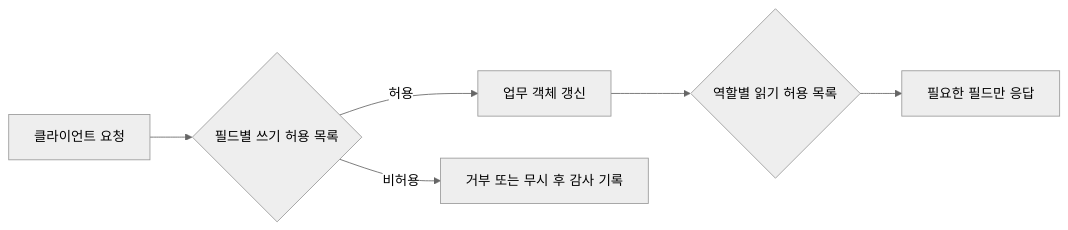
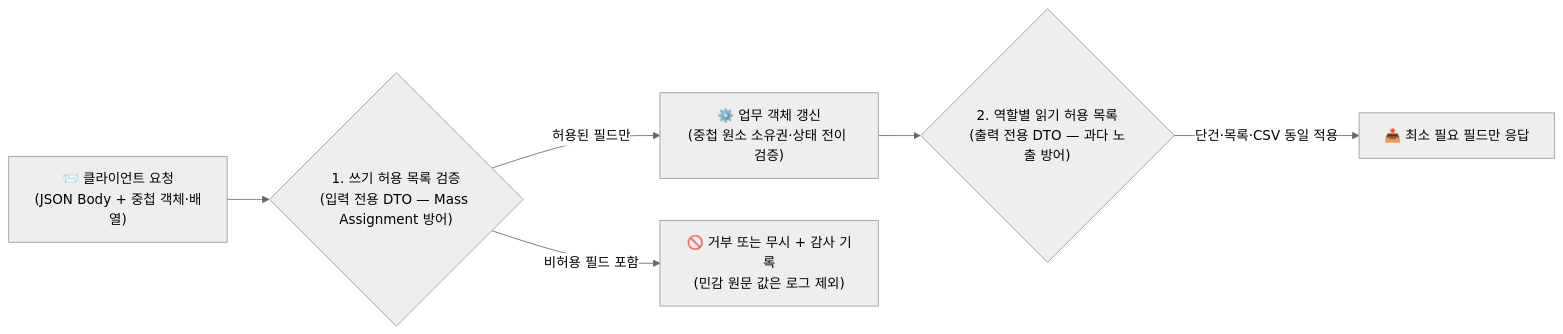
One commit to gooyong-sec/gooyong-sec.github.io changed the diagram in content/웹취약점/웹 취약점 진단 API편 — Mass Assignment와 필드 단위 인가(BOPLA).md. Above: the diagram before and after it, drawn with Mermaid (neutral theme). The commit also changed other lines of this file and 68 other files, not shown here.

````diff
--- a/content/웹취약점/웹 취약점 진단 API편 — Mass Assignment와 필드 단위 인가(BOPLA).md
+++ b/content/웹취약점/웹 취약점 진단 API편 — Mass Assignment와 필드 단위 인가(BOPLA).md
@@ -23,8 +19,8 @@
 ```mermaid
 flowchart LR
-    A["클라이언트 요청"] --> B{"필드별 쓰기 허용 목록"}
-    B -->|"허용"| C["업무 객체 갱신"]
-    B -->|"비허용"| D["거부 또는 무시 후 감사 기록"]
-    C --> E{"역할별 읽기 허용 목록"}
-    E --> F["필요한 필드만 응답"]
+    Req["📨 클라이언트 요청<br/>(JSON Body + 중첩 객체·배열)"] --> W{"1. 쓰기 허용 목록 검증<br/>(입력 전용 DTO — Mass Assignment 방어)"}
+    W -->|"허용된 필드만"| Update["⚙️ 업무 객체 갱신<br/>(중첩 원소 소유권·상태 전이 검증)"]
+    W -->|"비허용 필드 포함"| Reject["🚫 거부 또는 무시 + 감사 기록<br/>(민감 원문 값은 로그 제외)"]
+    Update --> R{"2. 역할별 읽기 허용 목록<br/>(출력 전용 DTO — 과다 노출 방어)"}
+    R -->|"단건·목록·CSV 동일 적용"| Resp["📤 최소 필요 필드만 응답"]
 ```
````
